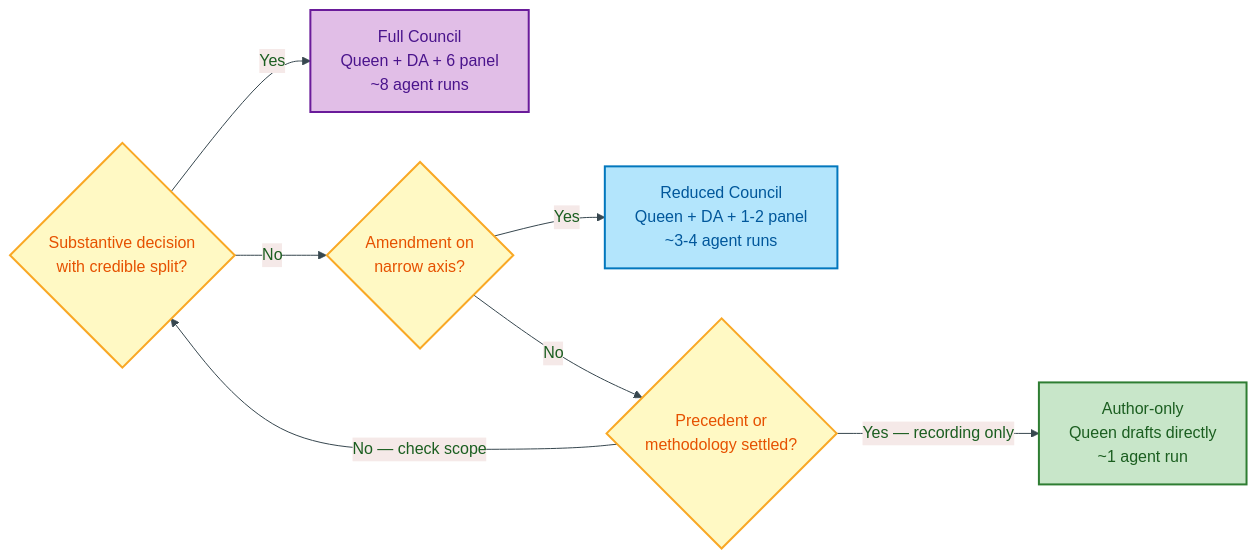
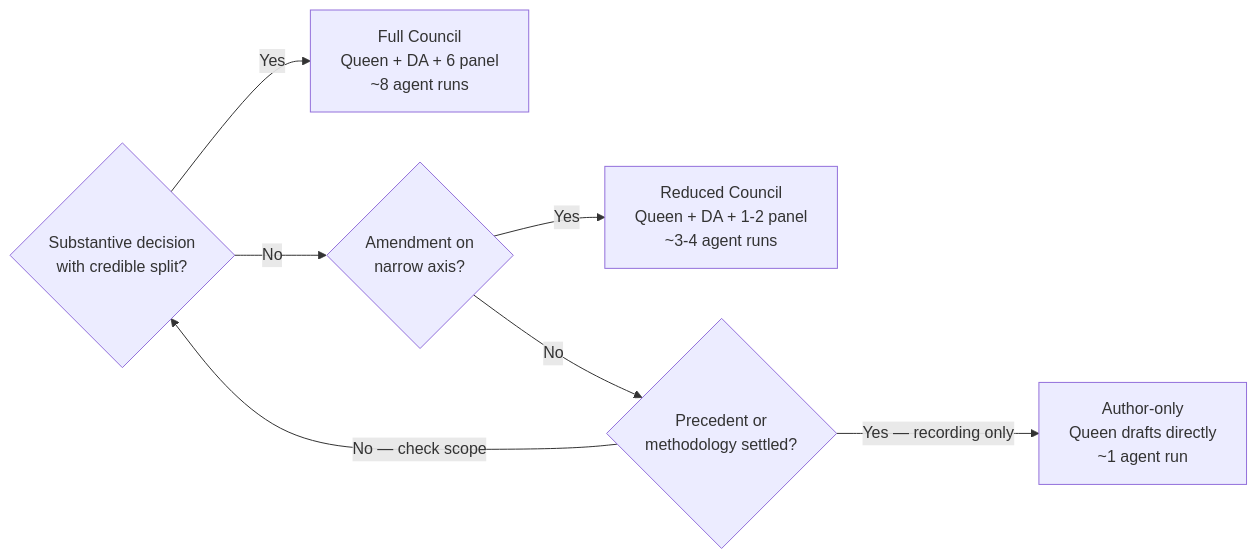
Before and after one commit to sparkling/opda: the third of 4 diagrams in docs/ontology/odr/ODR-0001-linked-data-council-methodology.md, drawn with Mermaid. The commit also changed other lines of this file and 25 other files, not shown here.

````diff
--- a/docs/ontology/odr/ODR-0001-linked-data-council-methodology.md
+++ b/docs/ontology/odr/ODR-0001-linked-data-council-methodology.md
@@ -282,26 +272,21 @@
 ```mermaid
-%%{init: {"theme": "base", "themeVariables": {"primaryColor": "#E8F5E9", "primaryTextColor": "#1B5E20", "primaryBorderColor": "#2E7D32", "lineColor": "#37474F"}}}%%
 flowchart LR
     accTitle: ODR-0001 Format Tier Selection
     accDescr: Decision tree for selecting the correct Council format tier based on the nature of the proposition
 
-    classDef full fill:#E1BEE7,stroke:#6A1B9A,stroke-width:2px,color:#4A148C
-    classDef reduced fill:#B3E5FC,stroke:#0277BD,stroke-width:2px,color:#01579B
-    classDef author fill:#C8E6C9,stroke:#2E7D32,stroke-width:2px,color:#1B5E20
-    classDef question fill:#FFF9C4,stroke:#F9A825,stroke-width:2px,color:#E65100
 
-    Q1{"Substantive decision<br/>with credible split?"}:::question
-    Q2{"Amendment on<br/>narrow axis?"}:::question
-    Q3{"Precedent or<br/>methodology settled?"}:::question
+    Q1{"Substantive decision<br/>with credible split?"}:::warning
+    Q2{"Amendment on<br/>narrow axis?"}:::warning
+    Q3{"Precedent or<br/>methodology settled?"}:::warning
 
-    FULL["Full Council<br/>Queen + DA + 6 panel<br/>~8 agent runs"]:::full
-    REDUCED["Reduced Council<br/>Queen + DA + 1-2 panel<br/>~3-4 agent runs"]:::reduced
-    AUTHOR["Author-only<br/>Queen drafts directly<br/>~1 agent run"]:::author
+    FULL["Full Council<br/>Queen + DA + 6 panel<br/>~8 agent runs"]:::user
+    REDUCED["Reduced Council<br/>Queen + DA + 1-2 panel<br/>~3-4 agent runs"]:::info
+    AUTHOR["Author-only<br/>Queen drafts directly<br/>~1 agent run"]:::success
 
     Q1 -->|"Yes"| FULL
     Q1 -->|"No"| Q2
     Q2 -->|"Yes"| REDUCED
     Q2 -->|"No"| Q3
     Q3 -->|"Yes — recording only"| AUTHOR
     Q3 -->|"No — check scope"| Q1
 ```
````
